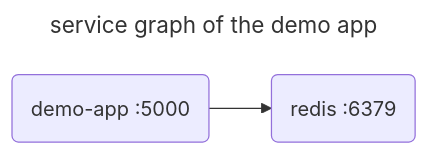
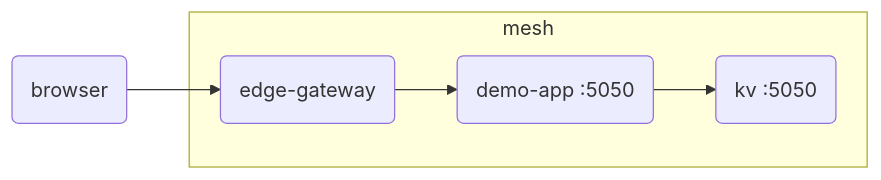
Before and after one commit to kumahq/kuma-website: the diagram in app/_src/quickstart/universal-demo.md, drawn with Mermaid. The commit also changed other lines of this file and 4 other files, not shown here.

```diff
--- a/app/_src/quickstart/universal-demo.md
+++ b/app/_src/quickstart/universal-demo.md
@@ -12,9 +43,13 @@
 {% mermaid %}
----
-title: service graph of the demo app
----
 flowchart LR
-demo-app(demo-app :5000)
-redis(redis :6379)
-demo-app --> redis
+browser(browser)
+
+subgraph mesh
+edge-gateway(edge-gateway)
+demo-app(demo-app :5050)
+kv(kv :5050)
+end
+edge-gateway --> demo-app
+demo-app --> kv
+browser --> edge-gateway
 {% endmermaid %}
```
